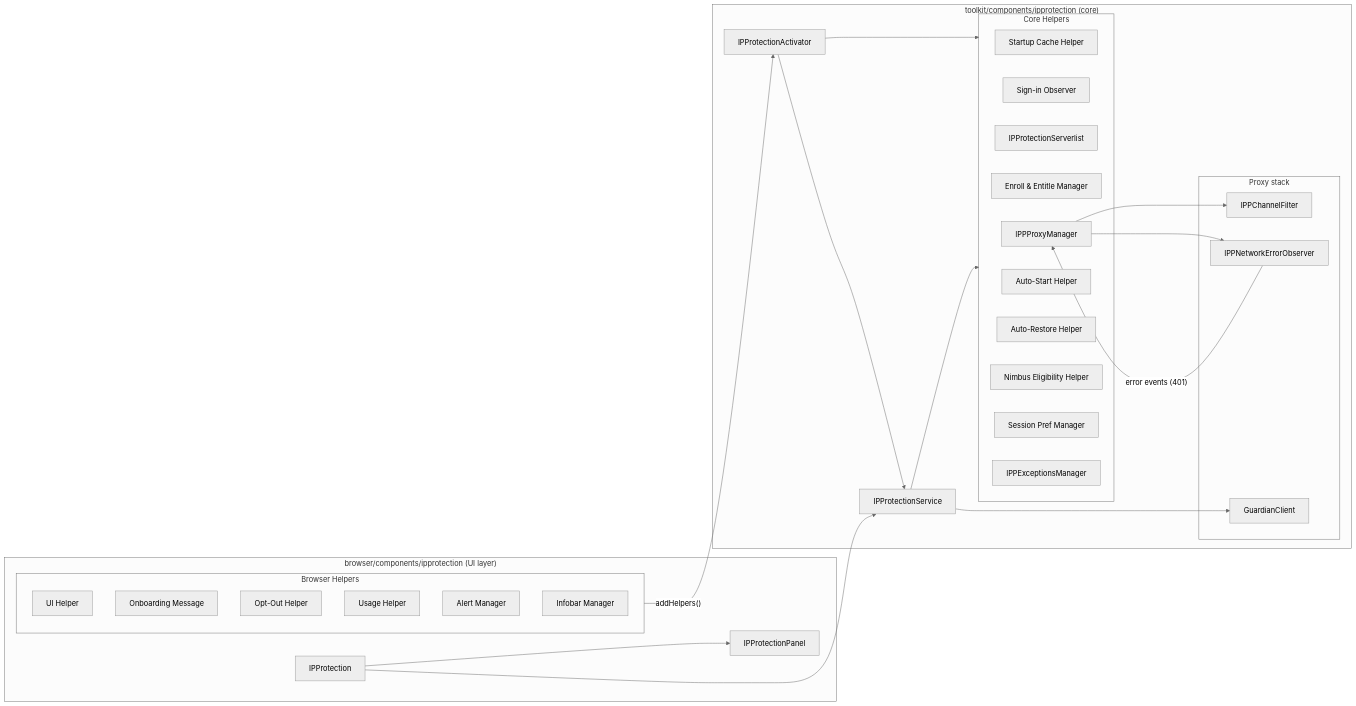
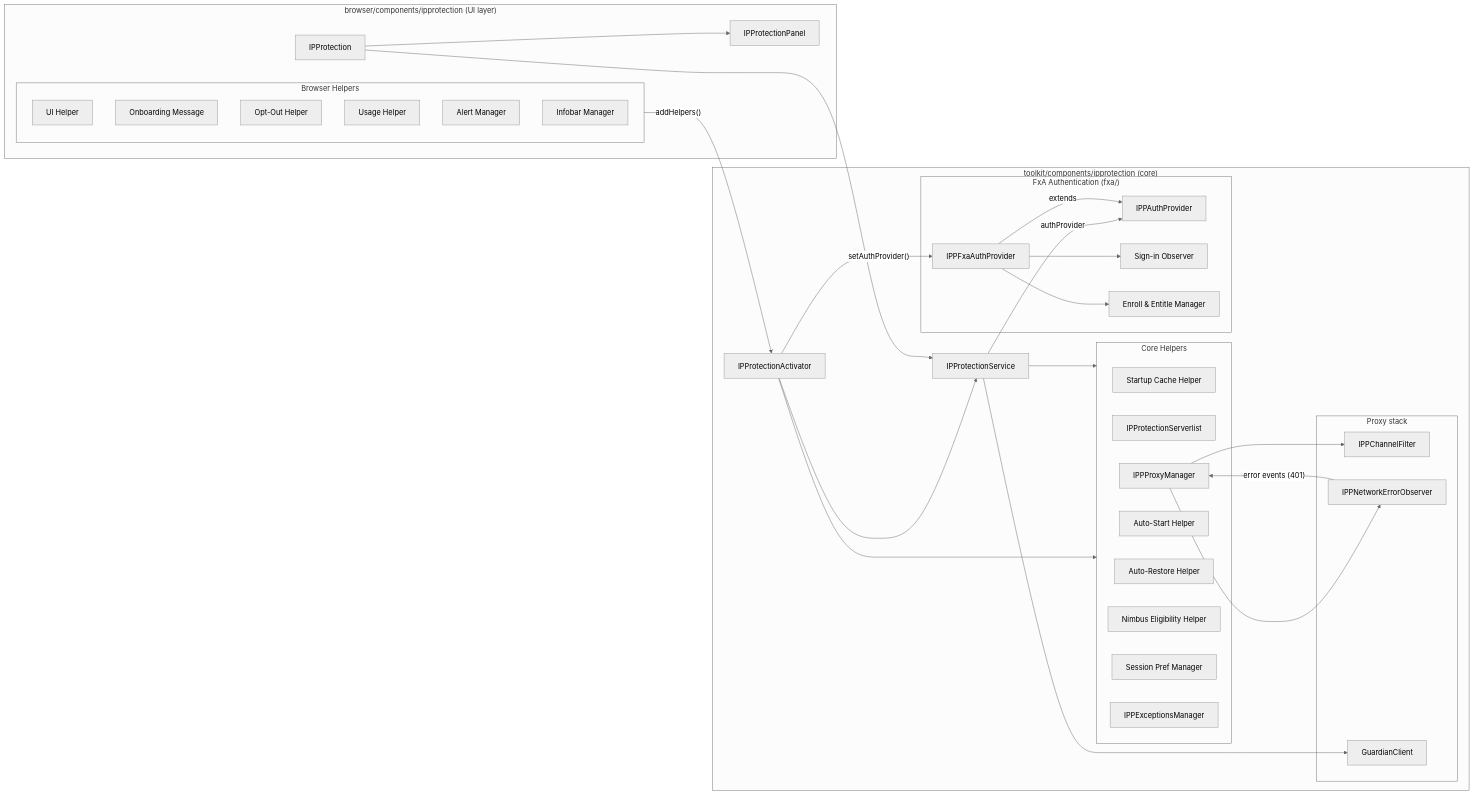
One commit to caugner/firefox-releases changed the diagram in toolkit/components/ipprotection/docs/Components.rst. Above: the diagram before and after it, drawn with Mermaid (neutral theme). The commit also changed other lines of this file and 25656 other files, not shown here.

```diff
--- a/toolkit/components/ipprotection/docs/Components.rst
+++ b/toolkit/components/ipprotection/docs/Components.rst
@@ -18,63 +18,75 @@
 .. mermaid::
    :align: center
    :caption: IP Protection architecture
 
    flowchart LR
 
      %% browser/components/ipprotection
      subgraph Browser["browser/components/ipprotection (UI layer)"]
        IPProtection
        IPProtectionPanel
 
        subgraph BrowserHelpers["Browser Helpers"]
          UIHelper["UI Helper"]
          IPPOnboardingMessage["Onboarding Message"]
          IPPOptOutHelper["Opt-Out Helper"]
          IPPUsageHelper["Usage Helper"]
          IPProtectionAlertManager["Alert Manager"]
          IPProtectionInfobarManager["Infobar Manager"]
        end
      end
 
      %% toolkit/components/ipprotection
      subgraph Toolkit["toolkit/components/ipprotection (core)"]
        IPProtectionService
        IPProtectionActivator
 
        subgraph CoreHelpers["Core Helpers"]
          IPPStartupCache["Startup Cache Helper"]
-         IPPSignInWatcher["Sign-in Observer"]
          IPProtectionServerlist
-         IPPEnrollAndEntitleManager["Enroll & Entitle Manager"]
          IPPProxyManager
          IPPAutoStart["Auto-Start Helper"]
          IPPAutoRestoreHelper["Auto-Restore Helper"]
          IPPNimbusHelper["Nimbus Eligibility Helper"]
          IPPSessionPrefManager["Session Pref Manager"]
          IPPExceptionsManager
+       end
+
+       subgraph FxaAuth["FxA Authentication (fxa/)"]
+         IPPAuthProvider
+         IPPFxaAuthProvider
+         IPPSignInWatcher["Sign-in Observer"]
+         IPPEnrollAndEntitleManager["Enroll & Entitle Manager"]
        end
 
        subgraph Proxy["Proxy stack"]
          IPPChannelFilter
          IPPNetworkErrorObserver
          GuardianClient
        end
      end
 
      %% Activator wiring
      BrowserHelpers -- "addHelpers()" --> IPProtectionActivator
      IPProtectionActivator --> IPProtectionService
      IPProtectionActivator --> CoreHelpers
+     IPProtectionActivator -- "setAuthProvider()" --> IPPFxaAuthProvider
 
      %% Service wiring
      IPProtectionService --> GuardianClient
      IPProtectionService --> CoreHelpers
+     IPProtectionService -- "authProvider" --> IPPAuthProvider
+
+     %% FxA auth wiring
+     IPPFxaAuthProvider -->|extends| IPPAuthProvider
+     IPPFxaAuthProvider --> IPPSignInWatcher
+     IPPFxaAuthProvider --> IPPEnrollAndEntitleManager
 
      %% UI wiring
      IPProtection --> IPProtectionPanel
      IPProtection --> IPProtectionService
 
      %% Proxy wiring
      IPPProxyManager --> IPPChannelFilter
      IPPProxyManager --> IPPNetworkErrorObserver
      IPPNetworkErrorObserver -- "error events (401)" --> IPPProxyManager
```
